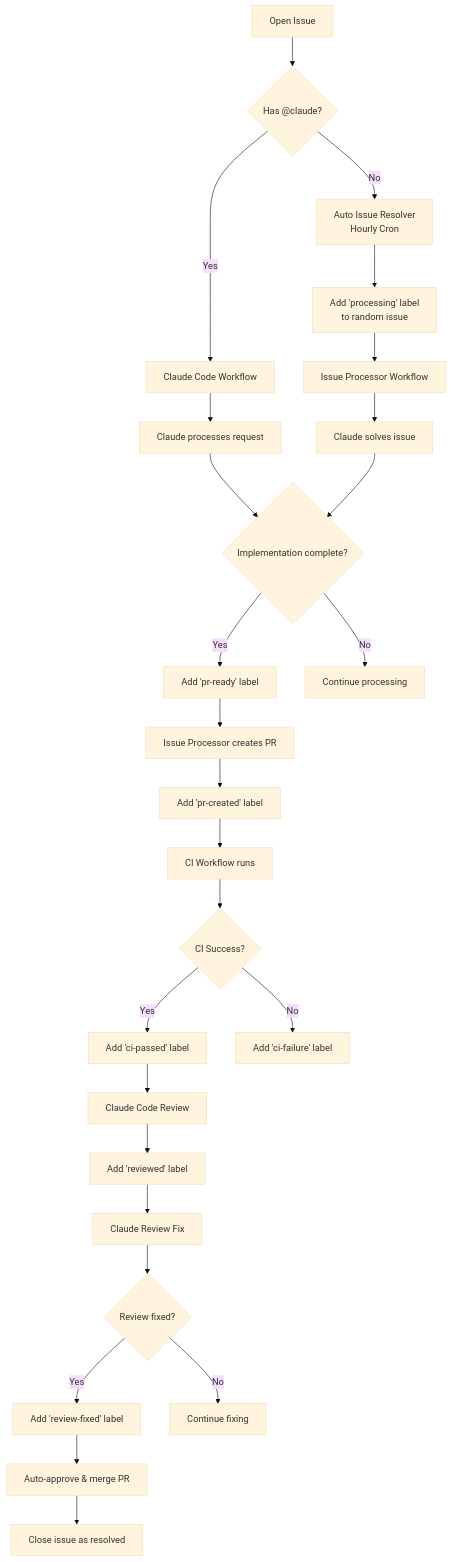
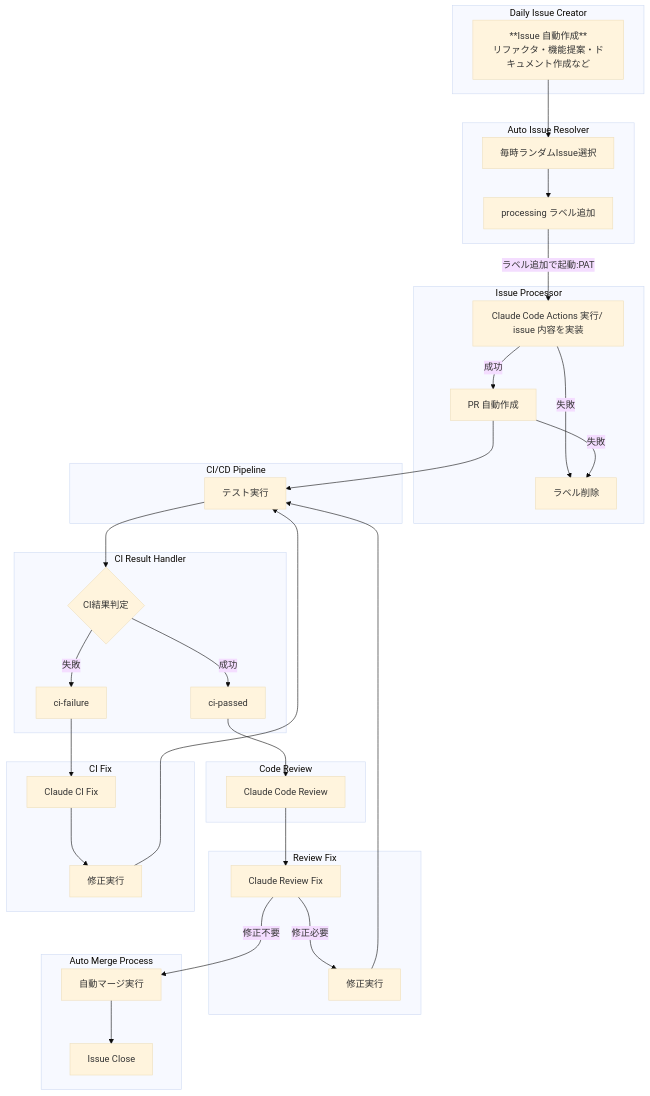
The first of 5 diagrams in README.md (azumag/cca-auto-workflows), drawn with Mermaid (base theme) before and after one commit.

````diff
--- a/README.md
+++ b/README.md
@@ -26,28 +26,67 @@
 ```mermaid
 graph TD
-    A[Open Issue] --> B{Has @claude?}
-    B -->|No| C[Auto Issue Resolver<br/>Hourly Cron]
-    B -->|Yes| D[Claude Code Workflow]
-    C --> E[Add 'processing' label<br/>to random issue]
-    E --> F[Issue Processor Workflow]
-    D --> G[Claude processes request]
-    F --> H[Claude solves issue]
-    G --> I{Implementation complete?}
-    H --> I
-    I -->|Yes| J[Add 'pr-ready' label]
-    I -->|No| K[Continue processing]
-    J --> L[Issue Processor creates PR]
-    L --> M[Add 'pr-created' label]
-    M --> N[CI Workflow runs]
-    N --> O{CI Success?}
-    O -->|Yes| P[Add 'ci-passed' label]
-    O -->|No| Q[Add 'ci-failure' label]
-    P --> R[Claude Code Review]
-    R --> S[Add 'reviewed' label]
-    S --> T[Claude Review Fix]
-    T --> U{Review fixed?}
-    U -->|Yes| V[Add 'review-fixed' label]
-    U -->|No| W[Continue fixing]
-    V --> X[Auto-approve & merge PR]
-    X --> Y[Close issue as resolved]
+    subgraph DAILY ["Daily Issue Creator"]
+        A["**Issue 自動作成**<br>リファクタ・機能提案・ドキュメント作成など"]
+    end
+    
+    subgraph RESOLVER ["Auto Issue Resolver"]
+        B["毎時ランダムIssue選択"]
+        C["processing ラベル追加"]
+    end
+    
+    subgraph PROCESSOR ["Issue Processor"]
+        D["Claude Code Actions 実行/ issue 内容を実装"]
+        E["ラベル削除"]
+        H["PR 自動作成"]
+    end
+    
+    subgraph CI ["CI/CD Pipeline"]
+        J["テスト実行"]
+    end
+    
+    subgraph HANDLER ["CI Result Handler"]
+        M{"CI結果判定"}
+        N["ci-passed"]
+        O["ci-failure"]
+    end
+    
+    subgraph REVIEW ["Code Review"]
+        P["Claude Code Review"]
+    end
+    
+    subgraph FIX ["Review Fix"]
+        R["Claude Review Fix"]
+        S["修正実行"]
+    end
+    
+    subgraph MERGE ["Auto Merge Process"]
+        U["自動マージ実行"]
+        V["Issue Close"]
+    end
+    
+    subgraph CIFIX ["CI Fix"]
+        W["Claude CI Fix"]
+        X["修正実行"]
+    end
+    
+    A --> B
+    B --> C
+    C -->|ラベル追加で起動:PAT| D
+    D -->|失敗| E
+    D -->|成功| H
+    H -->|失敗| E
+    H --> J
+    J --> M
+    M -->|成功| N
+    M -->|失敗| O
+    N --> P
+    P --> R
+    R -->|修正必要| S
+    R -->|修正不要| U
+    S --> J
+    U --> V
+    O --> W
+    W --> X
+    X --> J
+    
 ```
````
